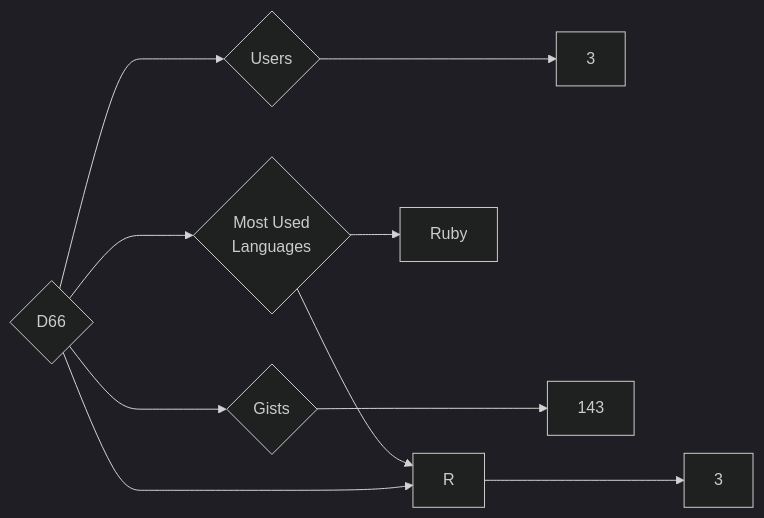
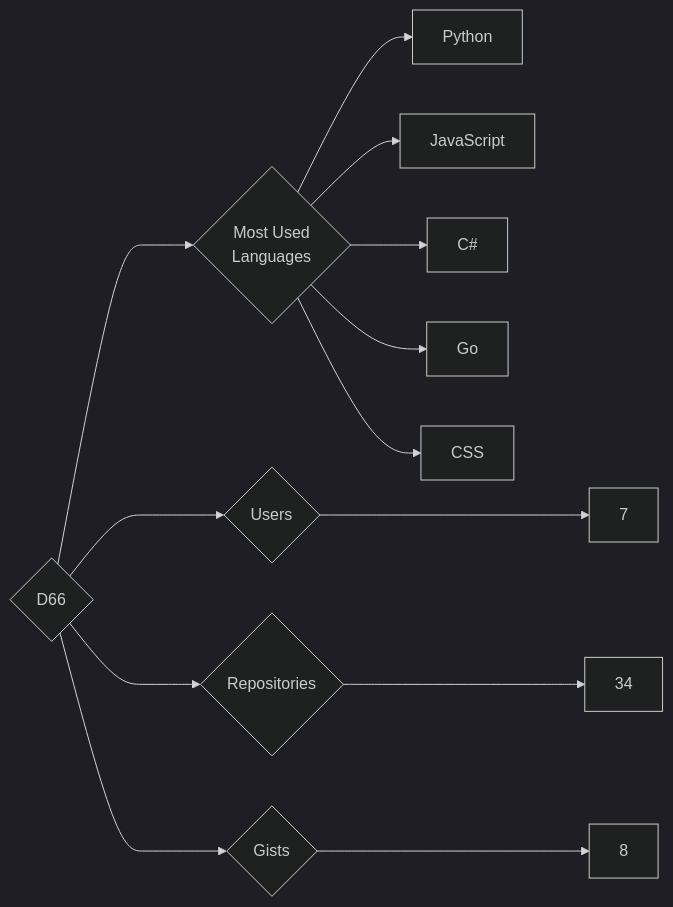
Before and after one commit to trickest/insiders: the diagram in targets/D66/README.md, drawn with Mermaid (dark theme). The commit also changed 736 other files, not shown here.

````diff
--- a/targets/D66/README.md
+++ b/targets/D66/README.md
@@ -3,10 +3,13 @@
 ```mermaid
 graph LR
 COMPANY_NAME{D66}
-COMPANY_NAME ---> U{Users} ---> UN[3]
-COMPANY_NAME ---> R{Repositories} ---> RN[3]
-COMPANY_NAME ---> G{Gists} ---> GN[143]
+COMPANY_NAME ---> U{Users} ---> UN[7]
+COMPANY_NAME ---> R{Repositories} ---> RN[34]
+COMPANY_NAME ---> G{Gists} ---> GN[8]
 COMPANY_NAME ---> ML{Most Used<br>Languages}
-ML --> Ruby[Ruby]
-ML --> R[R]
+ML --> Python[Python]
+ML --> JavaScript[JavaScript]
+ML --> C#[C#]
+ML --> Go[Go]
+ML --> CSS[CSS]
 ```
````
